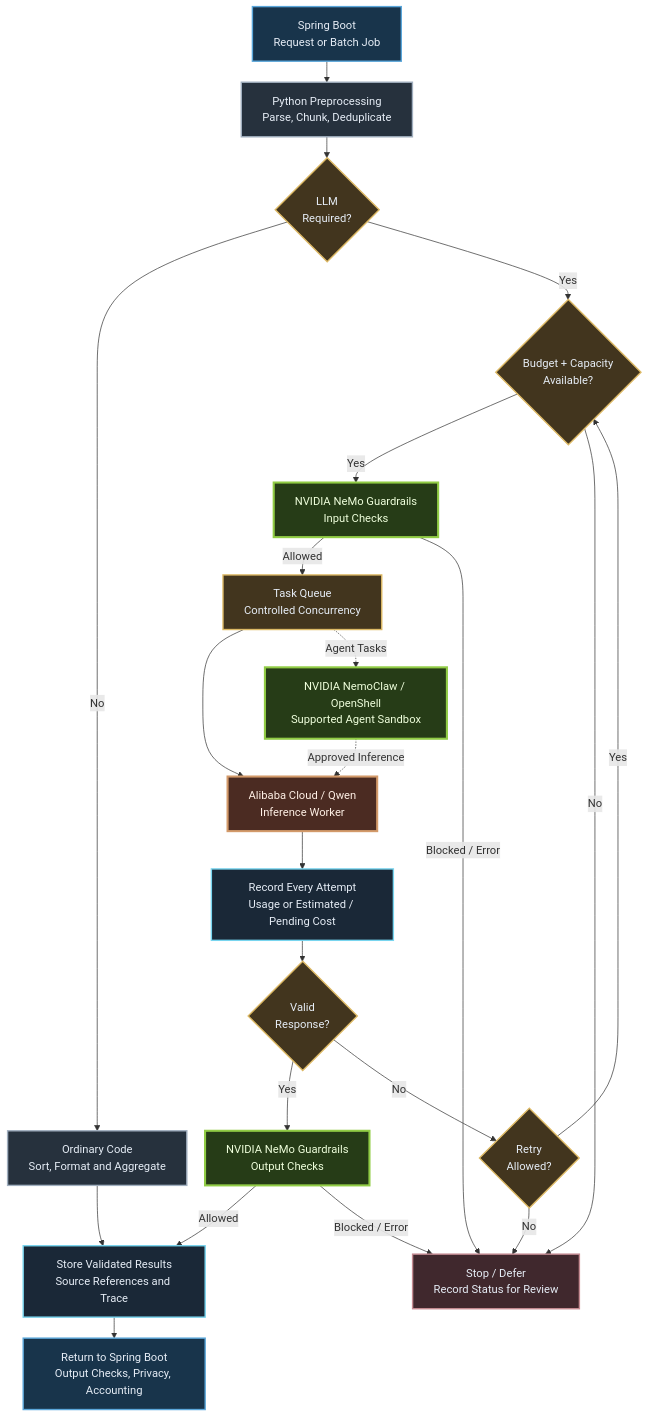
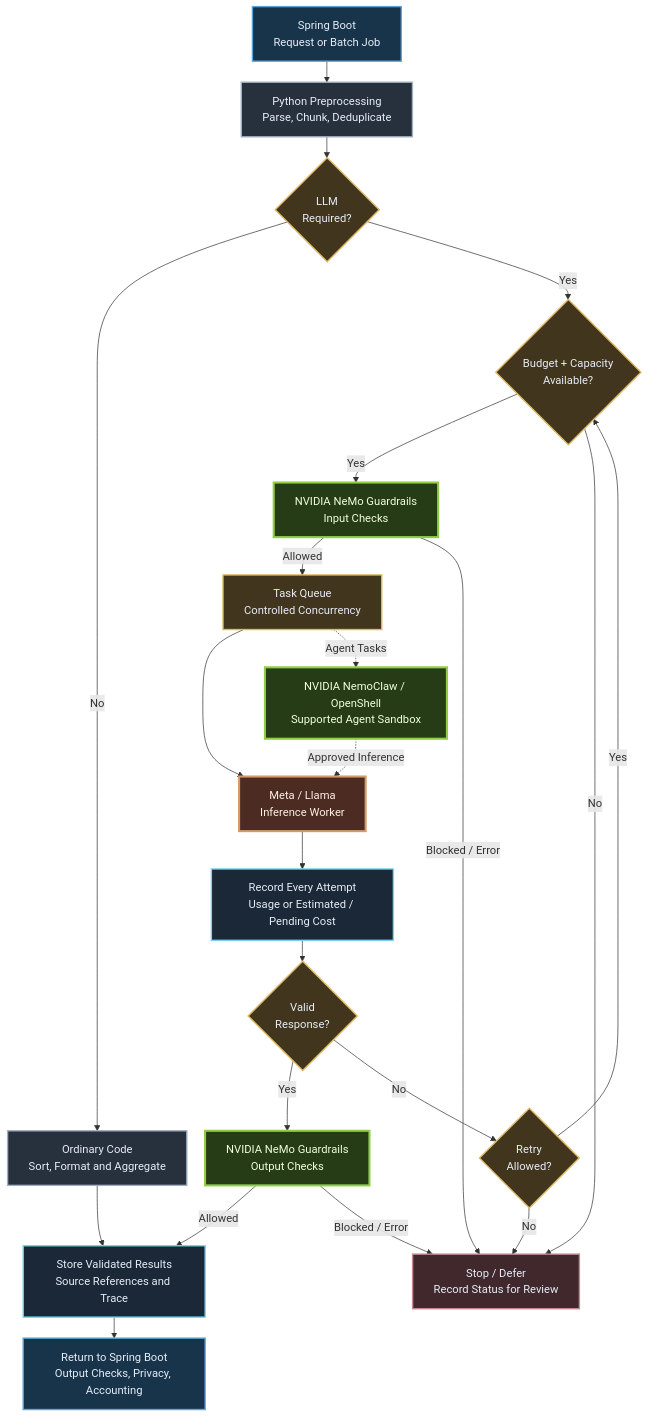
The diagram in assets/diagrams/orchestration-runtime-dark.mmd (ai-agent-orchestrator/ai-multi-agent-orchestration), drawn with Mermaid before and after one commit. The commit also changed 7 other files, not shown here.

Commit message:
docs: replace Qwen workers with Meta Llama in orchestration diagrams

```diff
--- a/assets/diagrams/orchestration-runtime-dark.mmd
+++ b/assets/diagrams/orchestration-runtime-dark.mmd
@@ -1,52 +1,52 @@
 %%{init: {"flowchart": {"rankSpacing": 30, "nodeSpacing": 26}}}%%
 flowchart TB
     Start["Spring Boot<br/>Request or Batch Job"]
     Prepare["Python Preprocessing<br/>Parse, Chunk, Deduplicate"]
     Type{"LLM<br/>Required?"}
     Code["Ordinary Code<br/>Sort, Format and Aggregate"]
     Gate{"Budget + Capacity<br/>Available?"}
     Queue["Task Queue<br/>Controlled Concurrency"]
     InputRails["NVIDIA NeMo Guardrails<br/>Input Checks"]
     Sandbox["NVIDIA NemoClaw / OpenShell<br/>Supported Agent Sandbox"]
-    Worker["Alibaba Cloud / Qwen<br/>Inference Worker"]
+    Worker["Meta / Llama<br/>Inference Worker"]
     Usage["Record Every Attempt<br/>Usage or Estimated / Pending Cost"]
     Check{"Valid<br/>Response?"}
     Retry{"Retry<br/>Allowed?"}
     Review["Stop / Defer<br/>Record Status for Review"]
     Save["Store Validated Results<br/>Source References and Trace"]
     OutputRails["NVIDIA NeMo Guardrails<br/>Output Checks"]
     Return["Return to Spring Boot<br/>Output Checks, Privacy, Accounting"]
 
     Start --> Prepare --> Type
     Type -->|"No"| Code
     Code --> Save
     Type -->|"Yes"| Gate
     Gate -->|"Yes"| InputRails
     InputRails -->|"Allowed"| Queue
     InputRails -->|"Blocked / Error"| Review
     Gate -->|"No"| Review
     Queue --> Worker --> Usage --> Check
     Queue -.->|"Agent Tasks"| Sandbox
     Sandbox -.->|"Approved Inference"| Worker
     Check -->|"Yes"| OutputRails
     OutputRails -->|"Allowed"| Save
     OutputRails -->|"Blocked / Error"| Review
     Check -->|"No"| Retry
     Retry -->|"Yes"| Gate
     Retry -->|"No"| Review
     Save --> Return
 
     classDef engineering fill:#18344b,stroke:#5ba7db,stroke-width:2px,color:#e6edf6
     classDef python fill:#26313d,stroke:#a1afbf,stroke-width:2px,color:#e6edf6
     classDef nvidia fill:#263c17,stroke:#91cc45,stroke-width:3px,color:#efffdc
     classDef worker fill:#4b2b22,stroke:#d39a6a,stroke-width:3px,color:#fff0e6
     classDef control fill:#42351e,stroke:#ddb965,stroke-width:2px,color:#e6edf6
     classDef result fill:#1a2837,stroke:#78d5ef,stroke-width:2px,color:#e6edf6
     classDef stop fill:#40282d,stroke:#c58b92,stroke-width:2px,color:#e6edf6
     class Start,Return engineering
     class Prepare,Code python
     class InputRails,OutputRails,Sandbox nvidia
     class Type,Gate,Queue,Check,Retry control
     class Worker worker
     class Usage,Save result
     class Review stop
```
